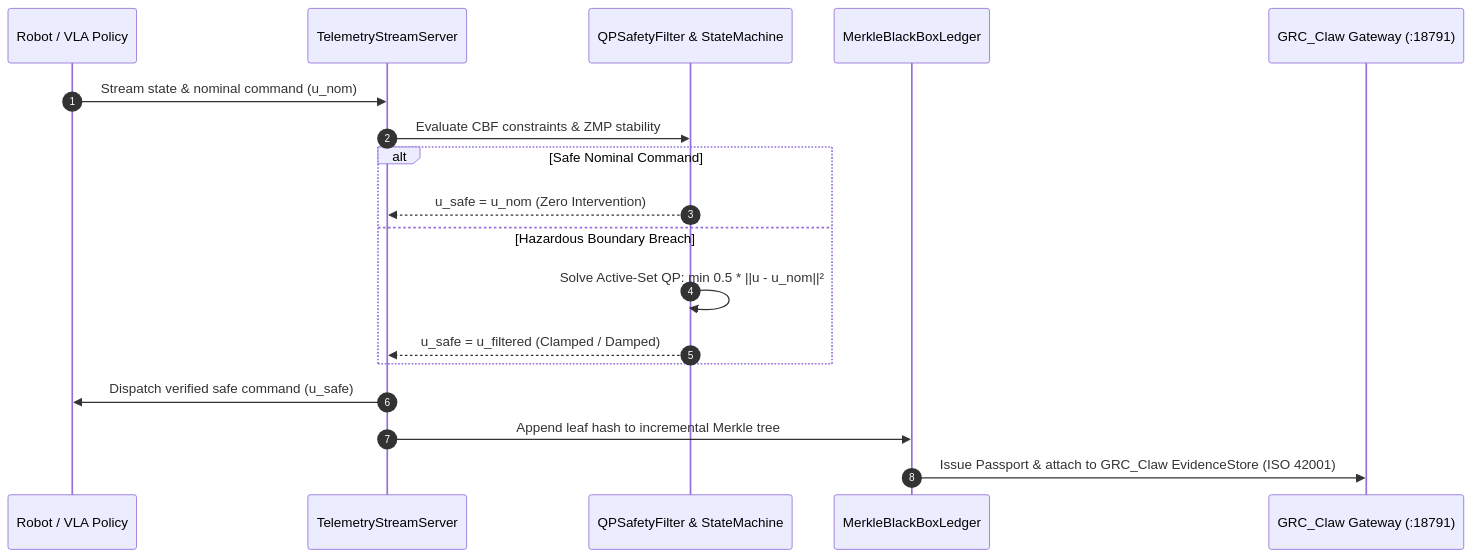
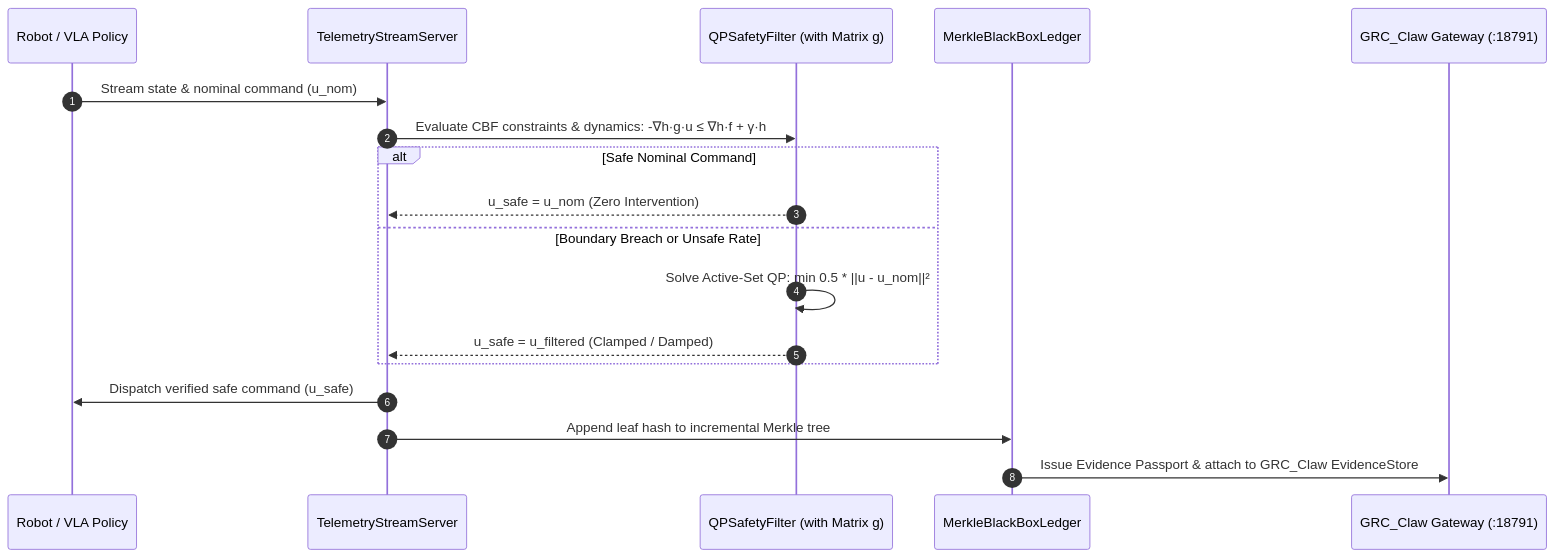
One commit to AAH20/physical-ai-governor changed the second of 2 diagrams in README.md. Above: the diagram before and after it, drawn with Mermaid. The commit also changed other lines of this file and 10 other files, not shown here.

````diff
--- a/README.md
+++ b/README.md
@@ -76,21 +89,21 @@
 ```mermaid
 sequenceDiagram
   autonumber
   participant Robot as Robot / VLA Policy
   participant Stream as TelemetryStreamServer
-  participant Filter as QPSafetyFilter & StateMachine
+  participant Filter as QPSafetyFilter (with Matrix g)
   participant Ledger as MerkleBlackBoxLedger
   participant Claw as GRC_Claw Gateway (:18791)
 
   Robot->>Stream: Stream state & nominal command (u_nom)
-  Stream->>Filter: Evaluate CBF constraints & ZMP stability
+  Stream->>Filter: Evaluate CBF constraints & dynamics: -∇h·g·u ≤ ∇h·f + γ·h
   alt Safe Nominal Command
     Filter-->>Stream: u_safe = u_nom (Zero Intervention)
-  else Hazardous Boundary Breach
+  else Boundary Breach or Unsafe Rate
     Filter->>Filter: Solve Active-Set QP: min 0.5 * ||u - u_nom||²
     Filter-->>Stream: u_safe = u_filtered (Clamped / Damped)
   end
   Stream->>Robot: Dispatch verified safe command (u_safe)
   Stream->>Ledger: Append leaf hash to incremental Merkle tree
-  Ledger->>Claw: Issue Passport & attach to GRC_Claw EvidenceStore (ISO 42001)
+  Ledger->>Claw: Issue Evidence Passport & attach to GRC_Claw EvidenceStore
 ```
````
